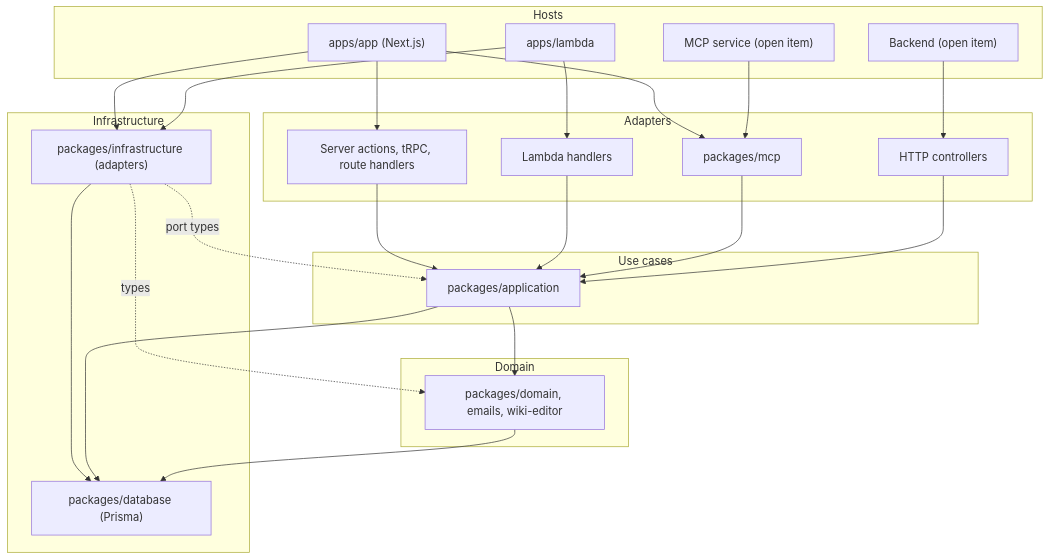
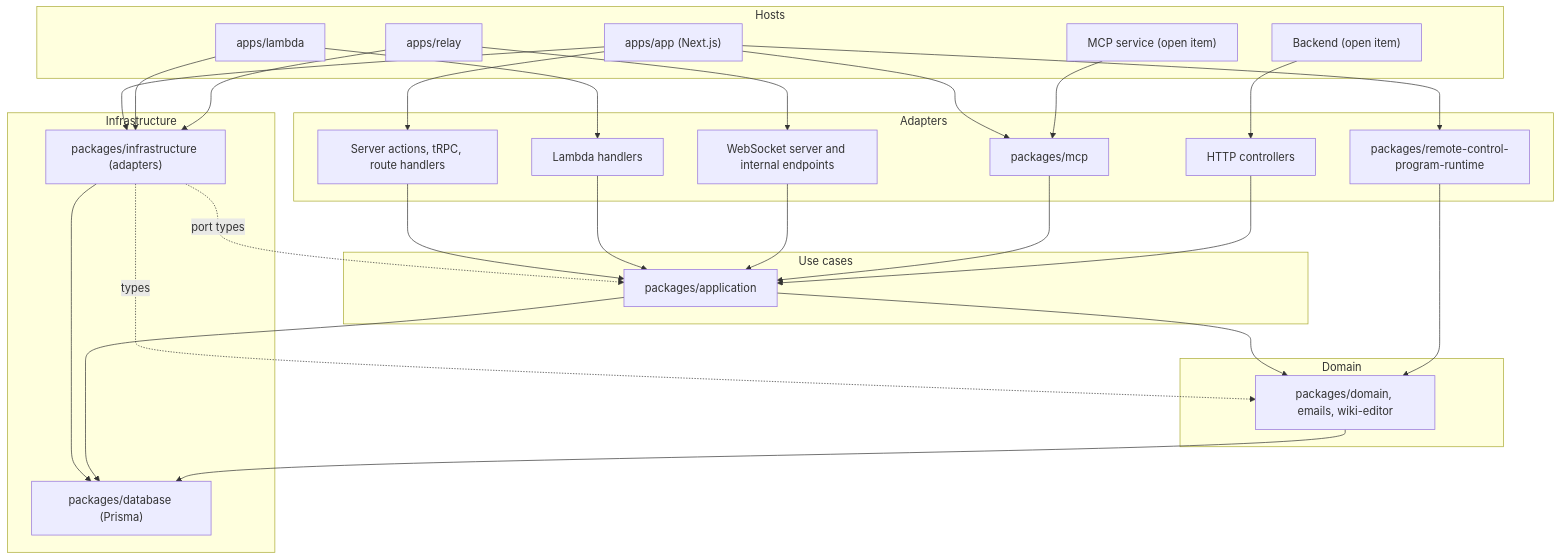
Before and after one commit to simonknittel/sam: the diagram in docs/architecture.md, drawn with Mermaid. The commit also changed other lines of this file and 17 other files, not shown here.

````diff
--- a/docs/architecture.md
+++ b/docs/architecture.md
@@ -70,47 +78,55 @@
 ```mermaid
 flowchart TB
   subgraph hosts [Hosts]
     app["apps/app (Next.js)"]
     lambda["apps/lambda"]
+    relay["apps/relay"]
     mcpService["MCP service (open item)"]
     backend["Backend (open item)"]
   end
 
   subgraph adapters [Adapters]
     nextAdapters["Server actions, tRPC, route handlers"]
     lambdaHandlers["Lambda handlers"]
+    relayServer["WebSocket server and internal endpoints"]
     mcp["packages/mcp"]
+    runtime["packages/remote-control-program-runtime"]
     controllers["HTTP controllers"]
   end
 
   subgraph useCases [Use cases]
     application["packages/application"]
   end
 
   subgraph domain [Domain]
     domainPackages["packages/domain, emails, wiki-editor"]
   end
 
   subgraph infrastructure [Infrastructure]
     infrastructurePackage["packages/infrastructure (adapters)"]
     database["packages/database (Prisma)"]
   end
 
   app --> nextAdapters
   app --> mcp
+  app --> runtime
   lambda --> lambdaHandlers
+  relay --> relayServer
   mcpService --> mcp
   backend --> controllers
   nextAdapters --> application
   lambdaHandlers --> application
+  relayServer --> application
   mcp --> application
   controllers --> application
   app --> infrastructurePackage
   lambda --> infrastructurePackage
+  relay --> infrastructurePackage
   infrastructurePackage -. port types .-> application
   infrastructurePackage -. types .-> domainPackages
   infrastructurePackage --> database
   application --> domainPackages
   application --> database
+  runtime --> domainPackages
   domainPackages --> database
 ```
````
